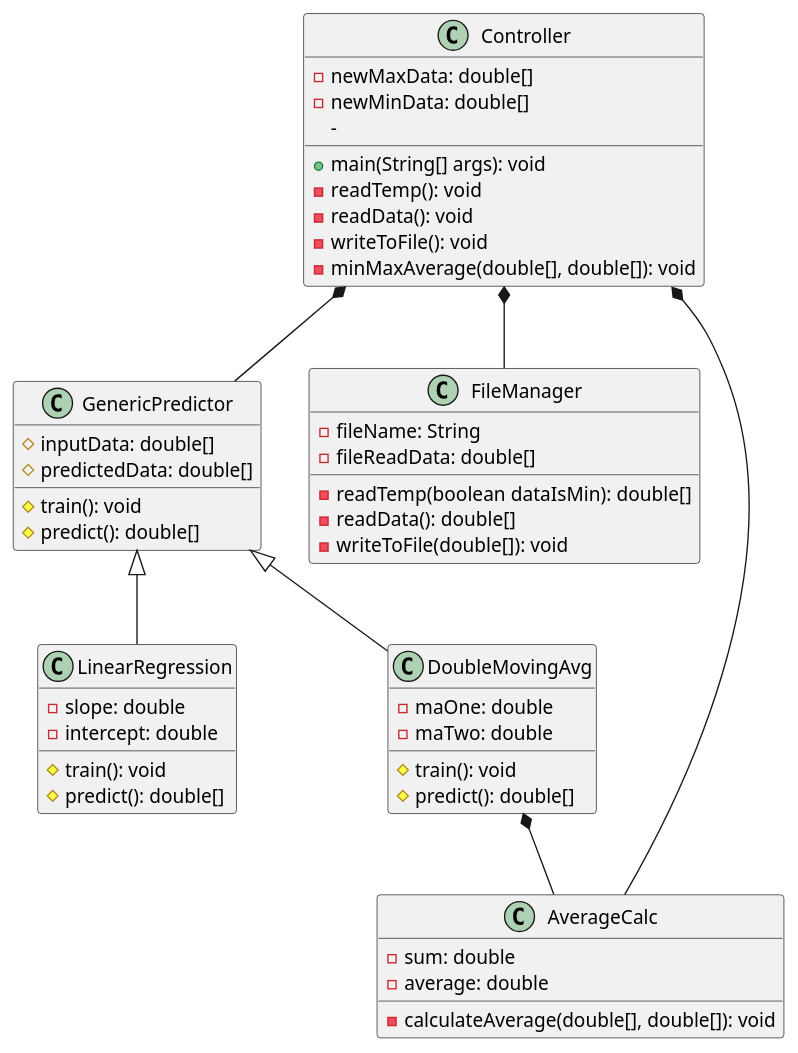
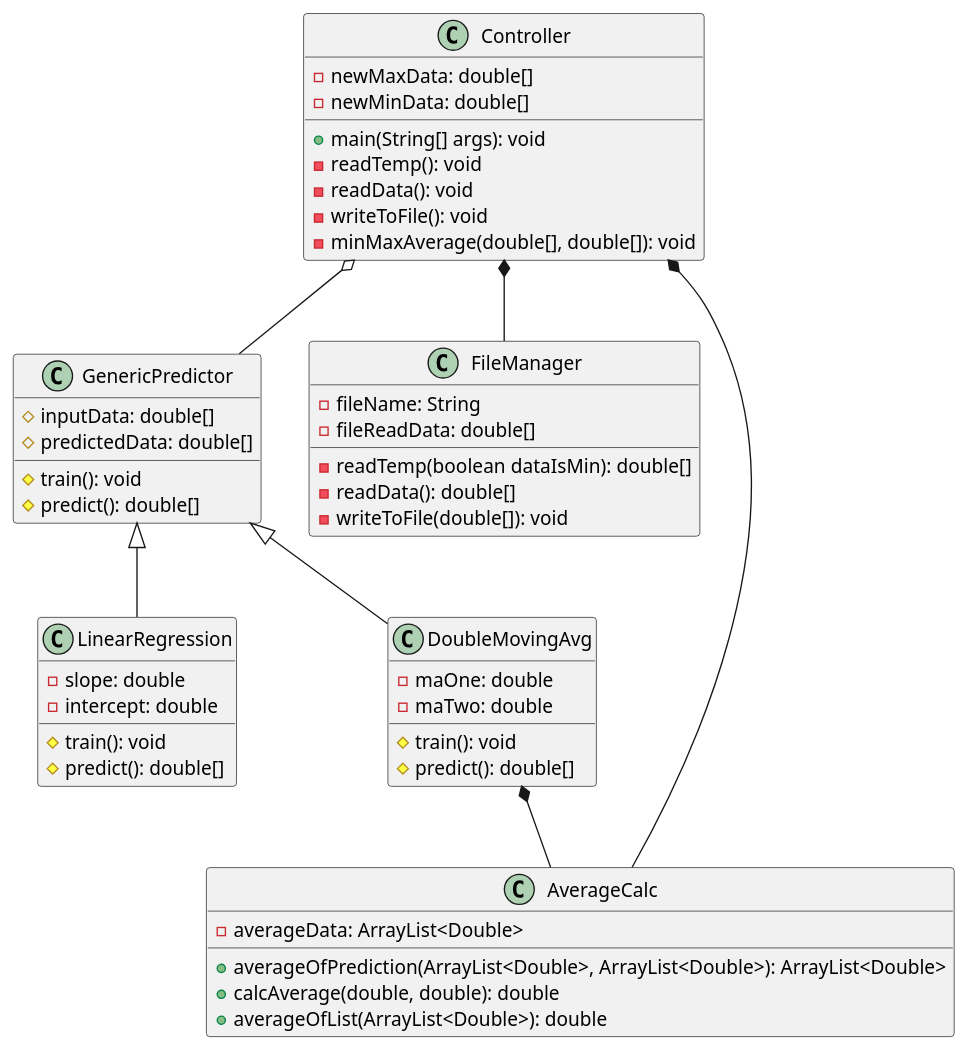
The diagram in Prediction.puml (skhinda7/WeatherPrediction), drawn with PlantUML before and after one commit. The commit also changed 21 other files, not shown here.

```diff
--- a/Prediction.puml
+++ b/Prediction.puml
@@ -1,52 +1,52 @@
 @startuml "Prediction Model"
 
 class Controller {
     -newMaxData: double[]
     -newMinData: double[]
     +main(String[] args): void
     -readTemp(): void
     -readData(): void
     -writeToFile(): void
     -minMaxAverage(double[], double[]): void
-    -
 }
 
 class GenericPredictor {
     #inputData: double[]
     #predictedData: double[]
     #train(): void
     #predict(): double[]
 }
 class LinearRegression extends GenericPredictor {
     -slope: double
     -intercept: double
     #train(): void 
     #predict(): double[]
 }
 
 class DoubleMovingAvg extends GenericPredictor {
     -maOne: double
     -maTwo: double
     #train(): void 
     #predict(): double[]
 }
 class FileManager {
     -fileName: String
     -fileReadData: double[]
     -readTemp(boolean dataIsMin): double[]
     -readData(): double[]
     -writeToFile(double[]): void
 }
 
 class AverageCalc  {
-    -sum: double
-    -average: double
-    -calculateAverage(double[], double[]): void
+    -averageData: ArrayList<Double>
+    +averageOfPrediction(ArrayList<Double>, ArrayList<Double>): ArrayList<Double>
+    +calcAverage(double, double): double
+    +averageOfList(ArrayList<Double>): double
 }
 
 Controller *-- FileManager
-Controller *-- GenericPredictor
+Controller o-- GenericPredictor
 Controller *-- AverageCalc
 DoubleMovingAvg *-- AverageCalc
 
 @enduml
```
